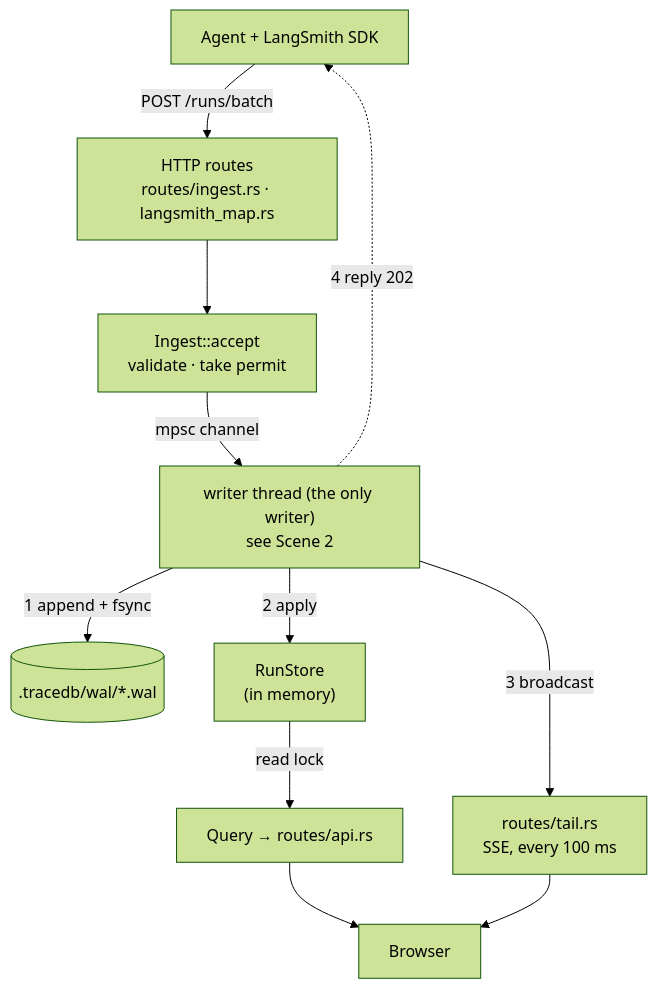
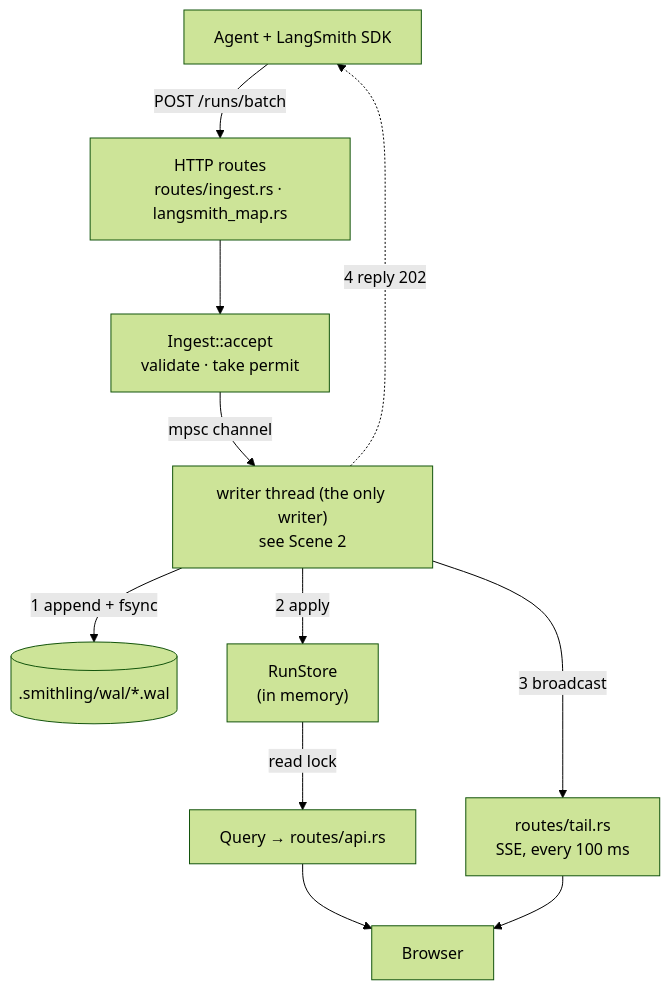
One commit to liukai/smithling changed the first of 8 diagrams in specs/001-m1-see-agent-trace-live/starter-guide.md. Above: the diagram before and after it, drawn with Mermaid (forest theme). The commit also changed other lines of this file and 199 other files, not shown here.

First line of the commit message:
refactor: rename tracedb to Smithling (D-037)

````diff
--- a/specs/001-m1-see-agent-trace-live/starter-guide.md
+++ b/specs/001-m1-see-agent-trace-live/starter-guide.md
@@ -10,23 +10,23 @@
 ```mermaid
 flowchart TB
     SDK["Agent + LangSmith SDK"]
     H["HTTP routes<br/>routes/ingest.rs · langsmith_map.rs"]
     A["Ingest::accept<br/>validate · take permit"]
     W["writer thread (the only writer)<br/>see Scene 2"]
-    WAL[(".tracedb/wal/*.wal")]
+    WAL[(".smithling/wal/*.wal")]
     ST["RunStore<br/>(in memory)"]
     Q["Query → routes/api.rs"]
     T["routes/tail.rs<br/>SSE, every 100 ms"]
     UI["Browser"]
 
     SDK -->|"POST /runs/batch"| H
     H --> A
     A -->|"mpsc channel"| W
     W -->|"1 append + fsync"| WAL
     W -->|"2 apply"| ST
     W -->|"3 broadcast"| T
     W -.->|"4 reply 202"| SDK
     ST -->|"read lock"| Q
     Q --> UI
     T --> UI
 ```
````
